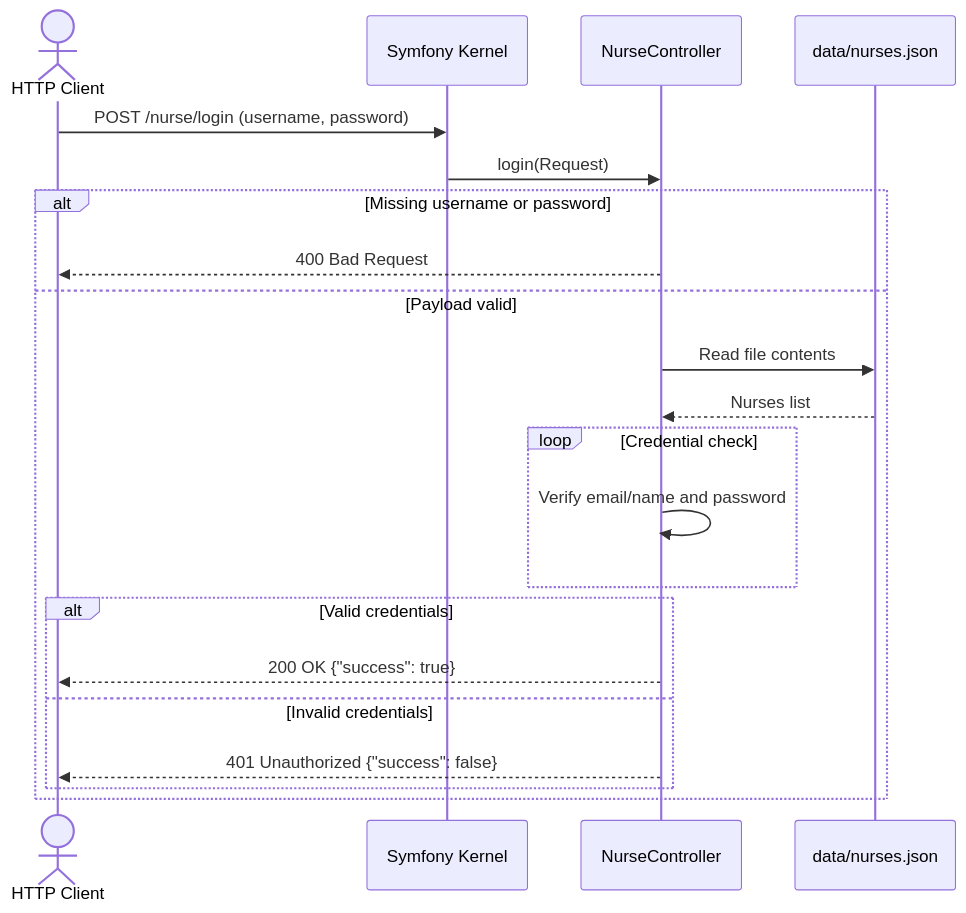
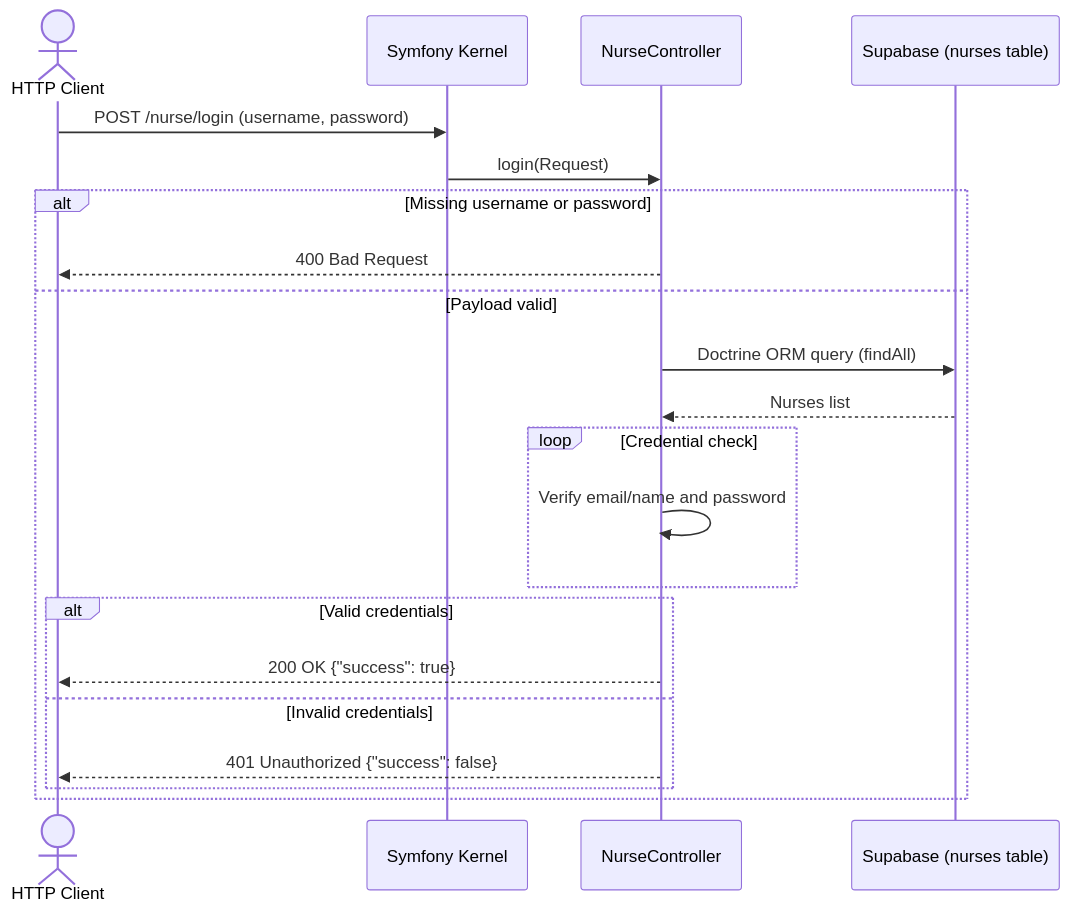
One commit to Ignaciobrenas/Nurse-Simulator changed the fifth of 7 diagrams in docs/general/DOCUMENTATION_EN.md. Above: the diagram before and after it, drawn with Mermaid. The commit also changed other lines of this file and 7 other files, not shown here.

````diff
--- a/docs/general/DOCUMENTATION_EN.md
+++ b/docs/general/DOCUMENTATION_EN.md
@@ -301,24 +298,24 @@
 ```mermaid
 sequenceDiagram
     actor Client as HTTP Client
     participant Kernel as Symfony Kernel
     participant Controller as NurseController
-    participant JSON as data/nurses.json
+    participant JSON as Supabase (nurses table)
 
     Client->>Kernel: POST /nurse/login (username, password)
     Kernel->>Controller: login(Request)
     alt Missing username or password
         Controller-->>Client: 400 Bad Request
     else Payload valid
-        Controller->>JSON: Read file contents
+        Controller->>JSON: Doctrine ORM query (findAll)
         JSON-->>Controller: Nurses list
         loop Credential check
             Controller->>Controller: Verify email/name and password
         end
         alt Valid credentials
             Controller-->>Client: 200 OK {"success": true}
         else Invalid credentials
             Controller-->>Client: 401 Unauthorized {"success": false}
         end
     end
 ```
````
